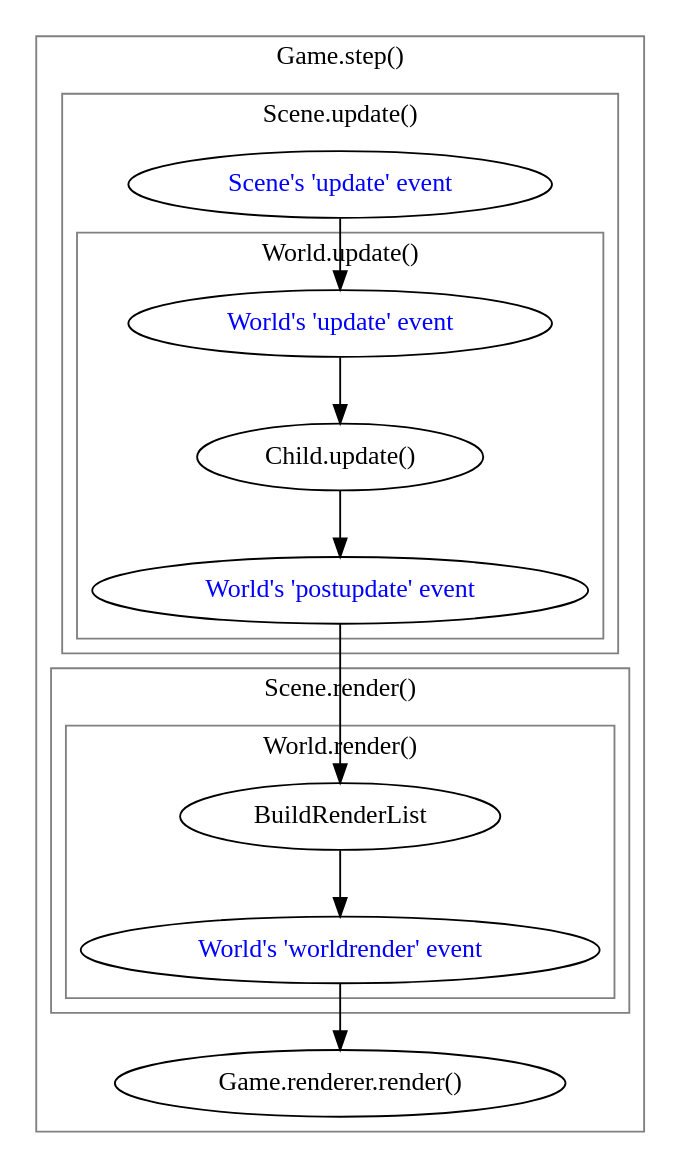
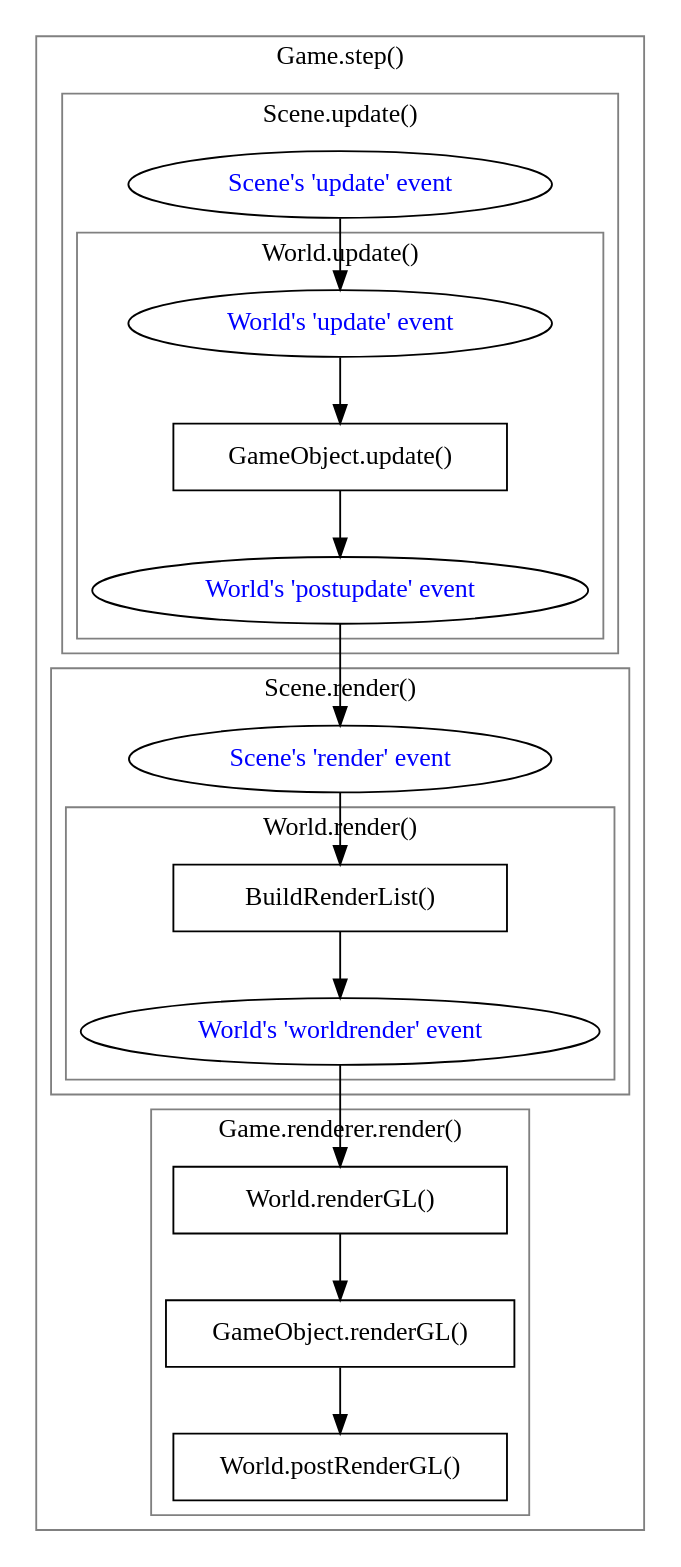
One commit to rexrainbow/phaser4-rex-plugins changed the diagram in doc/source/system/update-loop.dot. Above: the diagram before and after it, drawn with Graphviz. The commit also changed 5 other files, not shown here.

Commit message:
Update diagram

```diff
--- a/doc/source/system/update-loop.dot
+++ b/doc/source/system/update-loop.dot
@@ -1,49 +1,58 @@
 digraph UpdateLoop {
     graph [rankdir=TD]
     
     subgraph cluster_gamestep {
         label="Game.step()"
         color="gray"
     
         subgraph cluster_sceneupdate {
             label="Scene.update()"
             color="gray"
                 
             SceneUpdateEvent[label="Scene's 'update' event",fontcolor="blue"]
         
             subgraph cluster_worldupdate {
                 label="World.update()"
                 color="gray"
             
                 WorldUpdateEvent[label="World's 'update' event",fontcolor="blue"]
-                ChildrenUpdate[label="Child.update()"]
+                GameObjectUpdate[label="GameObject.update()",shape="rectangle",width=2.5]
                 WorldPostUpdateEvent[label="World's 'postupdate' event",fontcolor="blue"]
             }
         }
     
         subgraph cluster_scenerender {
             label="Scene.render()"
             color="gray"
             
+            SceneRenderEvent[label="Scene's 'render' event",fontcolor="blue"]
+            
             subgraph cluster_worldrender {
                 label="World.render()"
                 color="gray"
-            
-                BuildRenderList[label="BuildRenderList"]
+                
+                BuildRenderList[label="BuildRenderList()",shape="rectangle",width=2.5]
                 WorldRenderEvent[label="World's 'worldrender' event",fontcolor="blue"]
                 
             }
         }
     
-        GameRendererRender[label="Game.renderer.render()"]
+        subgraph cluster_gamerendererrender {
+            label="Game.renderer.render()"
+            color="gray"
+            
+            WorldRender[label="World.renderGL()",shape="rectangle",width=2.5]
+            GameObjectRender[label="GameObject.renderGL()",shape="rectangle",width=2.5]
+            WorldPostRender[label="World.postRenderGL()",shape="rectangle",width=2.5]
+        }
     }
     
     
     SceneUpdateEvent -> WorldUpdateEvent
-    WorldUpdateEvent -> ChildrenUpdate -> WorldPostUpdateEvent
+    WorldUpdateEvent -> GameObjectUpdate -> WorldPostUpdateEvent
     
-    WorldPostUpdateEvent -> BuildRenderList -> WorldRenderEvent
+    WorldPostUpdateEvent -> SceneRenderEvent -> BuildRenderList -> WorldRenderEvent
     
-    WorldRenderEvent -> GameRendererRender
+    WorldRenderEvent -> WorldRender -> GameObjectRender -> WorldPostRender
 
 }
```
